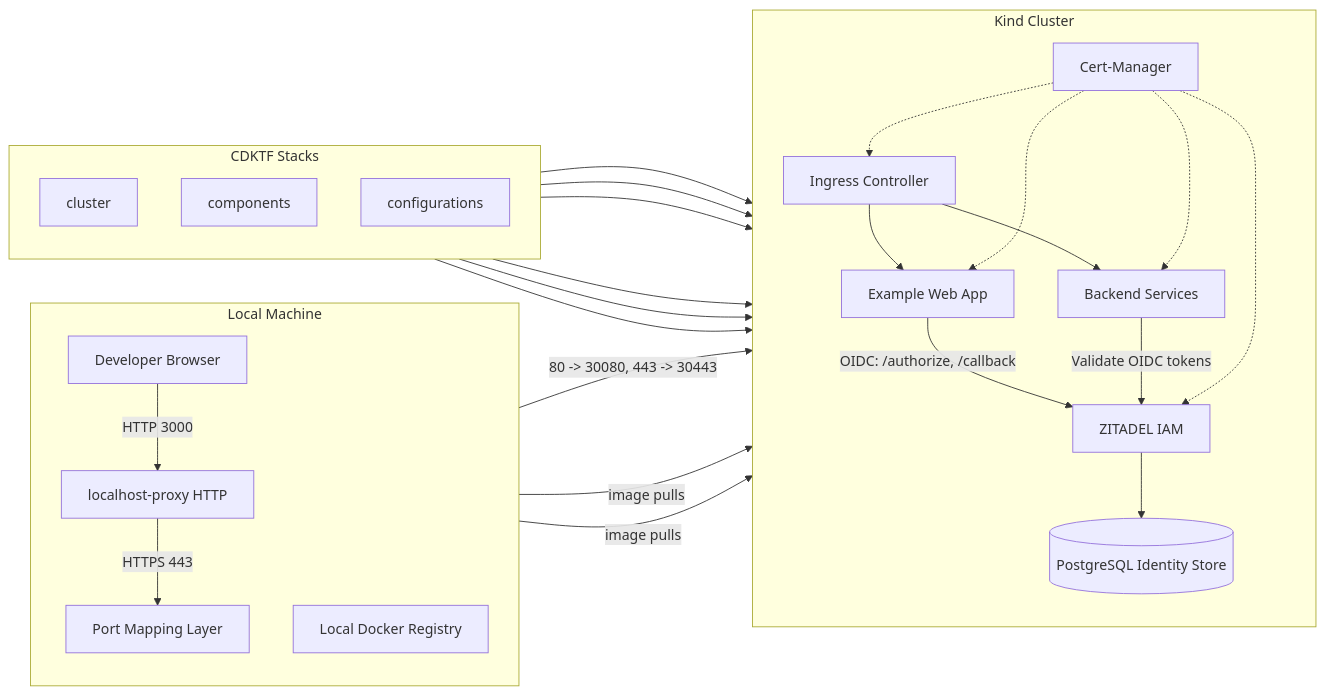
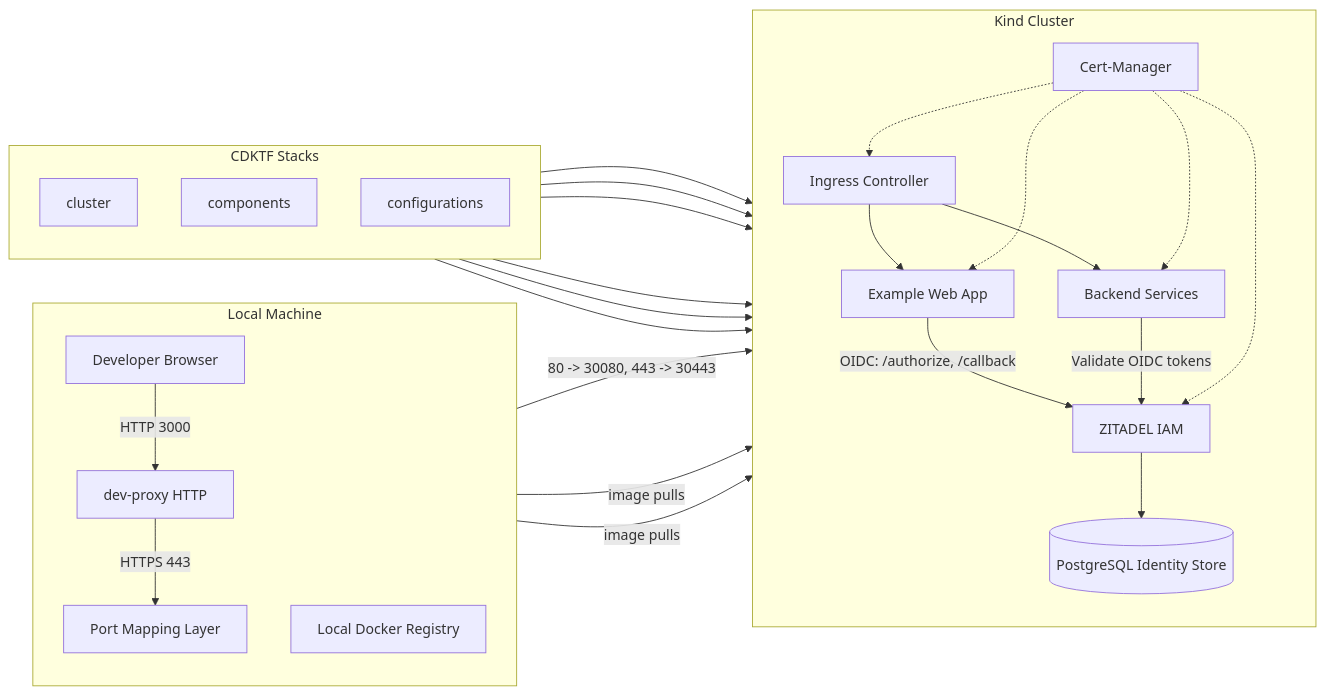
The diagram in README.md (seemueller-io/cluster), drawn with Mermaid before and after one commit. The commit also changed other lines of this file and 6 other files, not shown here.

Commit message:
Rename `localhost-proxy` to `dev-proxy` across all configurations and documentation.

````diff
--- a/README.md
+++ b/README.md
@@ -25,64 +25,64 @@
 ```mermaid
 flowchart LR
 
 %% ===== Local Machine =====
 subgraph L[Local Machine]
 direction TB
   user[Developer Browser]
-  proxy[localhost-proxy HTTP]
+  proxy[dev-proxy HTTP]
   host[Port Mapping Layer]
   registry[Local Docker Registry]
 
   user -->|HTTP 3000| proxy
   proxy -->|HTTPS 443| host
 end
 
 %% ===== Kind Cluster =====
 subgraph K[Kind Cluster]
 direction TB
   ingress[Ingress Controller]
   exampleApp[Example Web App]
   apps[Backend Services]
   zitadel[ZITADEL IAM]
   pg[(PostgreSQL Identity Store)]
   cert[Cert-Manager]
 
   %% Routing
   ingress --> exampleApp
   ingress --> apps
 
   %% OIDC
   exampleApp -->|OIDC: /authorize, /callback| zitadel
   apps -->|Validate OIDC tokens| zitadel
   zitadel --> pg
 
   %% TLS automation (dotted)
   cert -.-> ingress
   cert -.-> exampleApp
   cert -.-> apps
   cert -.-> zitadel
 end
 
 %% ===== Local ⇄ Cluster =====
 host -->|80 -> 30080, 443 -> 30443| ingress
 
 %% ===== Images into the cluster =====
 registry -->|image pulls| exampleApp
 registry -->|image pulls| apps
 
 %% ===== CDKTF Stacks =====
 subgraph T[CDKTF Stacks]
 direction TB
   clusterStack[cluster]
   componentsStack[components]
   configurationsStack[configurations]
 end
 
 clusterStack --> ingress
 componentsStack --> ingress
 componentsStack --> cert
 componentsStack --> zitadel
 configurationsStack --> exampleApp
 configurationsStack --> apps
 
 ```
````
